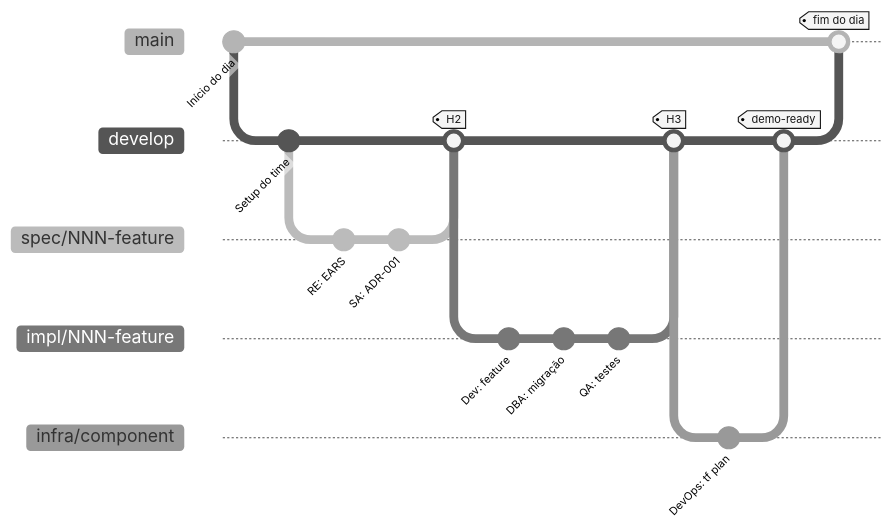
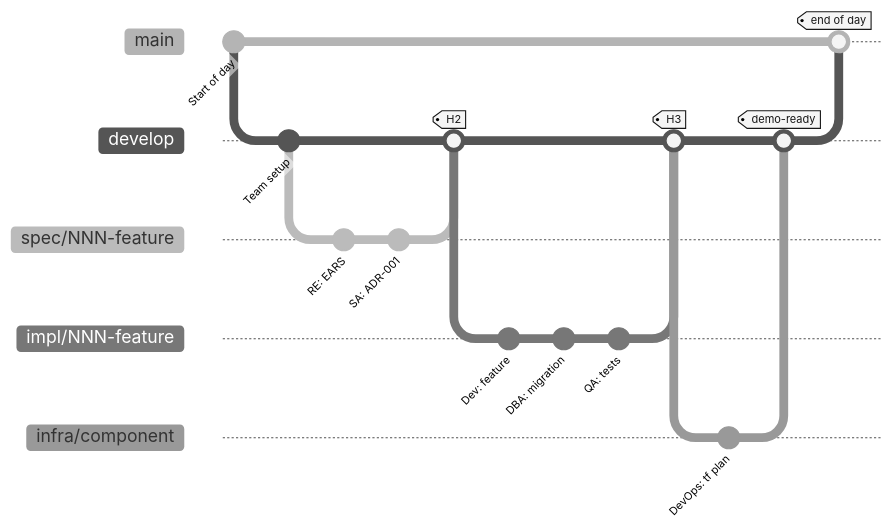
The diagram in 00-GIT-WORKFLOW.md (serpro-workshop-fortaleza/sifap-Heitor), drawn with Mermaid before and after one commit. The commit also changed other lines of this file and 365 other files, not shown here.

````diff
--- a/00-GIT-WORKFLOW.md
+++ b/00-GIT-WORKFLOW.md
@@ -47,27 +47,27 @@
 ```mermaid
 %%{init: {'theme':'neutral','themeVariables':{'fontFamily':'ui-sans-serif, system-ui, sans-serif','primaryColor':'#F5F5F5','primaryTextColor':'#171717','primaryBorderColor':'#171717','lineColor':'#525252','secondaryColor':'#FFFFFF','tertiaryColor':'#FAFAFA','background':'#FFFFFF'}}}%%
 gitGraph
-   commit id: "Início do dia"
+   commit id: "Start of day"
    branch develop
-   commit id: "Setup do time"
+   commit id: "Team setup"
    branch spec/NNN-feature
    checkout spec/NNN-feature
    commit id: "RE: EARS"
    commit id: "SA: ADR-001"
    checkout develop
    merge spec/NNN-feature tag: "H2"
    branch impl/NNN-feature
    checkout impl/NNN-feature
    commit id: "Dev: feature"
-   commit id: "DBA: migração"
-   commit id: "QA: testes"
+   commit id: "DBA: migration"
+   commit id: "QA: tests"
    checkout develop
    merge impl/NNN-feature tag: "H3"
    branch infra/component
    checkout infra/component
    commit id: "DevOps: tf plan"
    checkout develop
    merge infra/component tag: "demo-ready"
    checkout main
-   merge develop tag: "fim do dia"
+   merge develop tag: "end of day"
 ```
````
